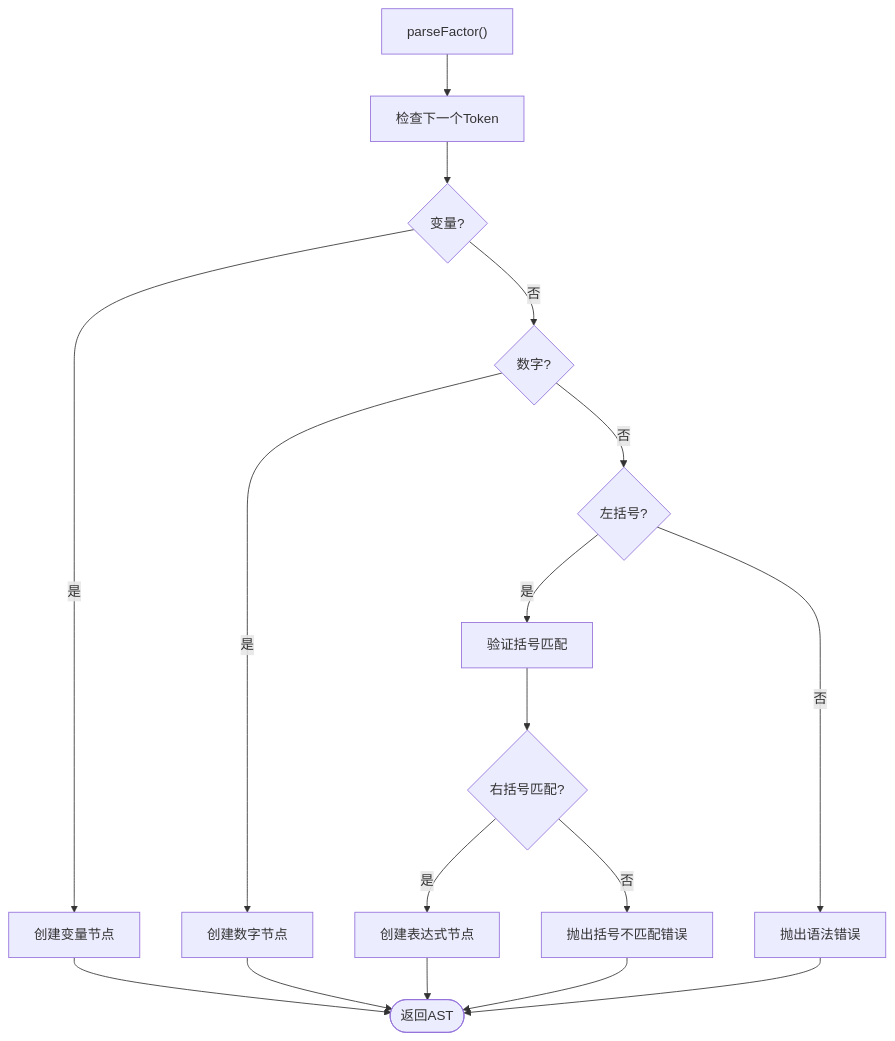
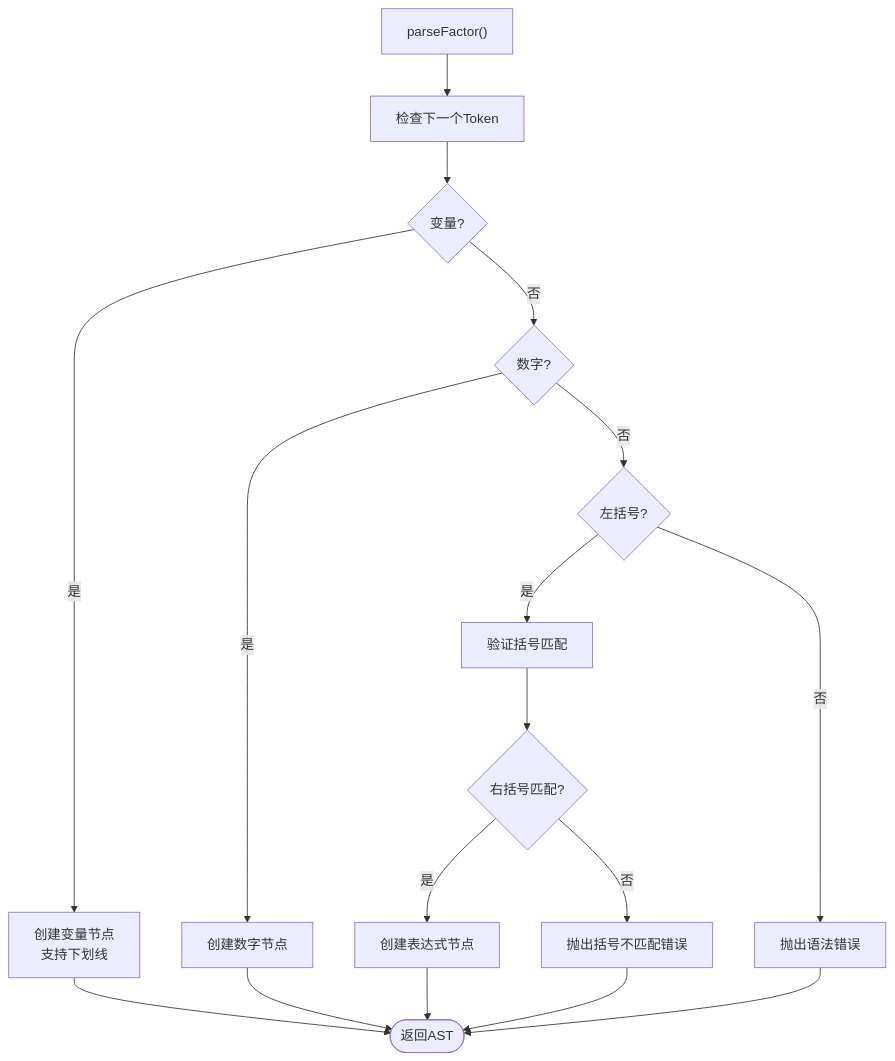
One commit to steveyu2/formula-mapper changed the sixth of 7 diagrams in .qoder/repowiki/zh/content/开发者指南/核心模块实现/公式解析器.md. Above: the diagram before and after it, drawn with Mermaid. The commit also changed other lines of this file and 4 other files, not shown here.

````diff
--- a/.qoder/repowiki/zh/content/开发者指南/核心模块实现/公式解析器.md
+++ b/.qoder/repowiki/zh/content/开发者指南/核心模块实现/公式解析器.md
@@ -242,19 +275,19 @@
 ```mermaid
 flowchart TD
 ParseFactor["parseFactor()"] --> CheckToken["检查下一个Token"]
 CheckToken --> CheckVar{"变量?"}
-CheckVar --> |是| CreateVar["创建变量节点"]
+CheckVar --> |是| CreateVar["创建变量节点<br/>支持下划线"]
 CheckVar --> |否| CheckNum{"数字?"}
 CheckNum --> |是| CreateNum["创建数字节点"]
 CheckNum --> |否| CheckParen{"左括号?"}
 CheckParen --> |是| ValidateParen["验证括号匹配"]
 CheckParen --> |否| ThrowError["抛出语法错误"]
 ValidateParen --> Match{"右括号匹配?"}
 Match --> |是| CreateExpr["创建表达式节点"]
 Match --> |否| ParenError["抛出括号不匹配错误"]
 CreateVar --> Done([返回AST])
 CreateNum --> Done
 CreateExpr --> Done
 ParenError --> Done
 ThrowError --> Done
 ```
````
